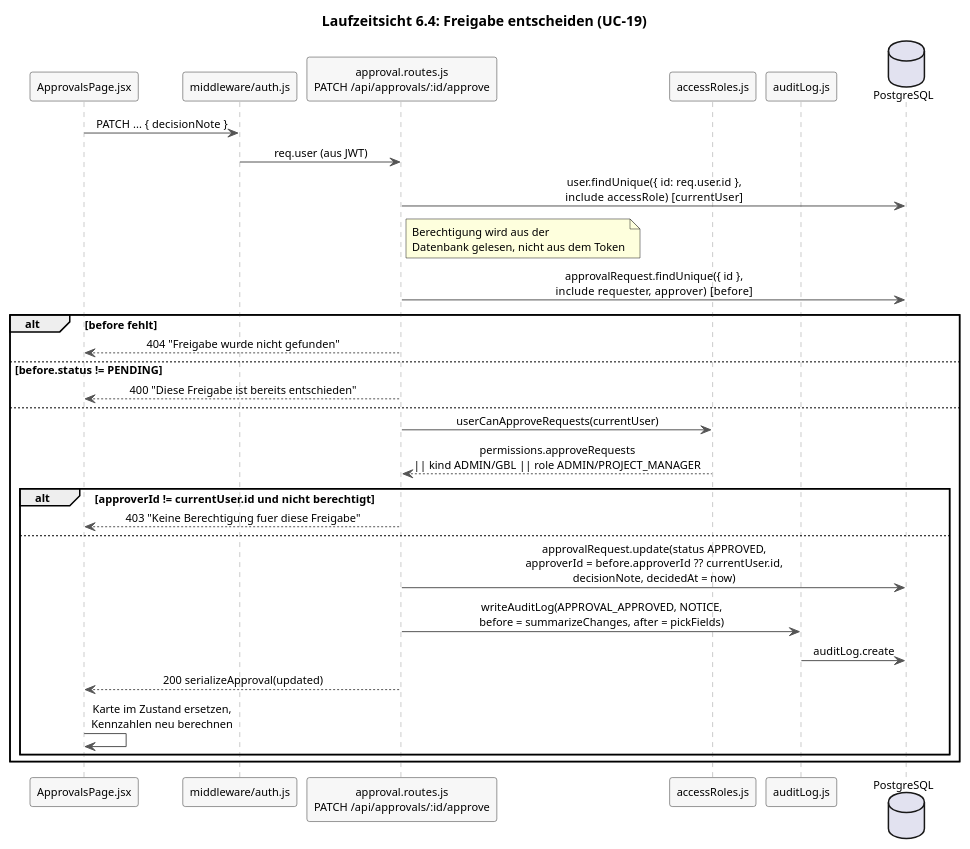
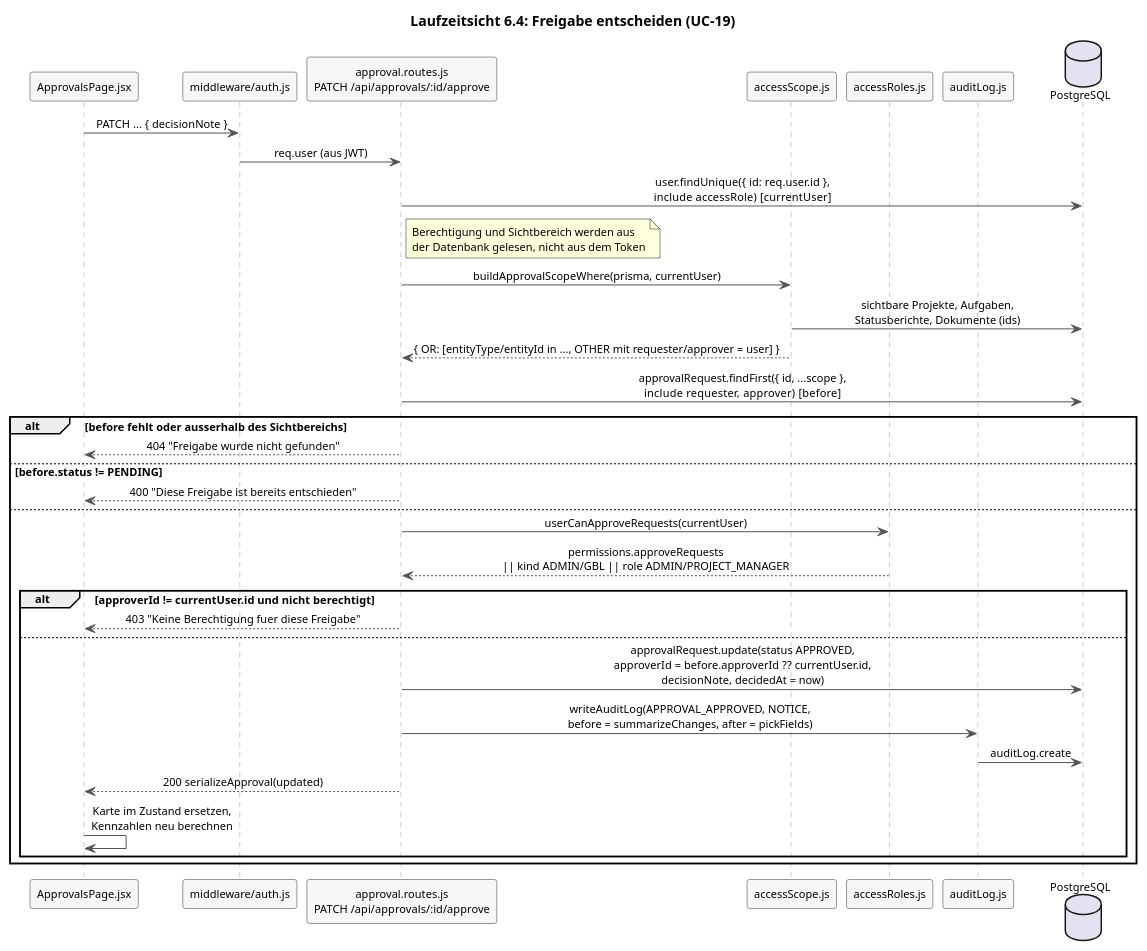
The diagram in docs/arch/diagrams/a06-freigabe.plantuml (Jonas-Aaron-Raab/NextTask), drawn with PlantUML before and after one commit. The commit also changed 15 other files, not shown here.

First line of the commit message:
docs(arch): align architecture documentation with code state of 24 September

```diff
--- a/docs/arch/diagrams/a06-freigabe.plantuml
+++ b/docs/arch/diagrams/a06-freigabe.plantuml
@@ -1,45 +1,49 @@
 @startuml a06-freigabe
 skinparam shadowing false
 skinparam defaultFontName Helvetica
 skinparam defaultFontSize 11
 skinparam sequenceMessageAlign center
 skinparam sequence {
   ArrowColor #555555
   LifeLineBorderColor #999999
   ParticipantBackgroundColor #F7F7F7
   ParticipantBorderColor #333333
   ActorBorderColor #333333
 }
 
 title Laufzeitsicht 6.4: Freigabe entscheiden (UC-19)
 
 participant "ApprovalsPage.jsx" as UI
 participant "middleware/auth.js" as MW
 participant "approval.routes.js\nPATCH /api/approvals/:id/approve" as R
+participant "accessScope.js" as AS
 participant "accessRoles.js" as AR
 participant "auditLog.js" as AL
 database "PostgreSQL" as DB
 
 UI -> MW : PATCH ... { decisionNote }
 MW -> R : req.user (aus JWT)
 R -> DB : user.findUnique({ id: req.user.id },\ninclude accessRole)   [currentUser]
-note right of R : Berechtigung wird aus der\nDatenbank gelesen, nicht aus dem Token
-R -> DB : approvalRequest.findUnique({ id },\ninclude requester, approver)   [before]
-alt before fehlt
+note right of R : Berechtigung und Sichtbereich werden aus\nder Datenbank gelesen, nicht aus dem Token
+R -> AS : buildApprovalScopeWhere(prisma, currentUser)
+AS -> DB : sichtbare Projekte, Aufgaben,\nStatusberichte, Dokumente (ids)
+AS --> R : { OR: [entityType/entityId in ..., OTHER mit requester/approver = user] }
+R -> DB : approvalRequest.findFirst({ id, ...scope },\ninclude requester, approver)   [before]
+alt before fehlt oder ausserhalb des Sichtbereichs
   R --> UI : 404 "Freigabe wurde nicht gefunden"
 else before.status != PENDING
   R --> UI : 400 "Diese Freigabe ist bereits entschieden"
 else
   R -> AR : userCanApproveRequests(currentUser)
   AR --> R : permissions.approveRequests\n|| kind ADMIN/GBL || role ADMIN/PROJECT_MANAGER
   alt approverId != currentUser.id und nicht berechtigt
     R --> UI : 403 "Keine Berechtigung fuer diese Freigabe"
   else
     R -> DB : approvalRequest.update(status APPROVED,\napproverId = before.approverId ?? currentUser.id,\ndecisionNote, decidedAt = now)
     R -> AL : writeAuditLog(APPROVAL_APPROVED, NOTICE,\nbefore = summarizeChanges, after = pickFields)
     AL -> DB : auditLog.create
     R --> UI : 200 serializeApproval(updated)
     UI -> UI : Karte im Zustand ersetzen,\nKennzahlen neu berechnen
   end
 end
 @enduml
```
